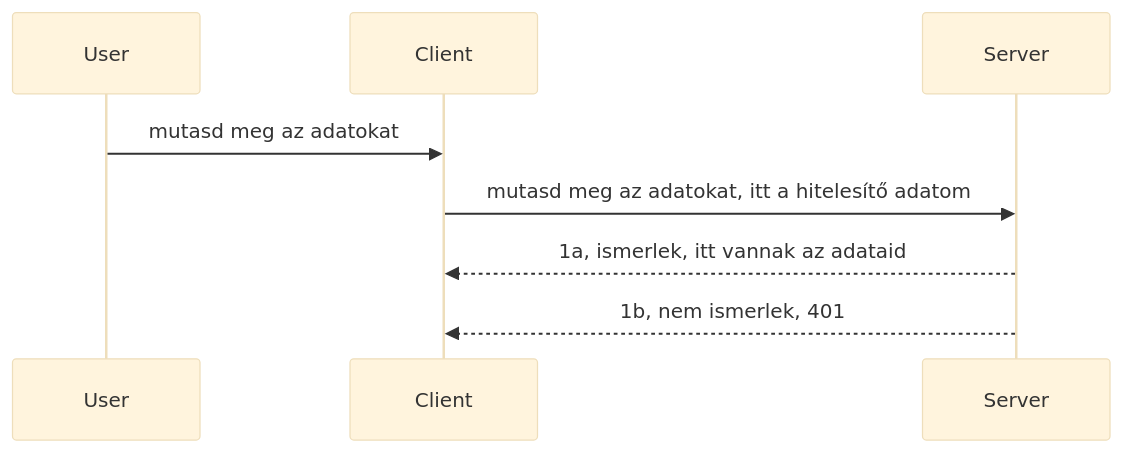
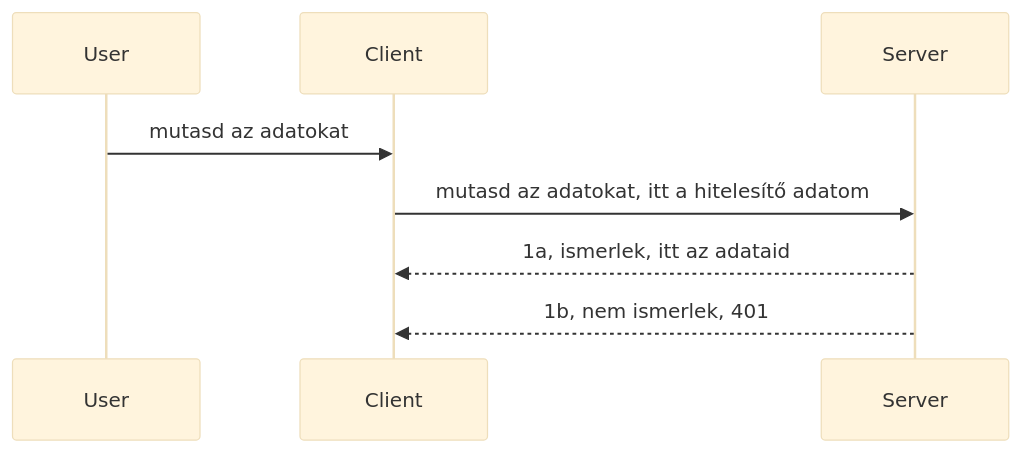
Before and after one commit to HIDORAKAI002/ai-workspace-archive: the diagram in mcp_ecosystem__model_context_protocol/mcp_learning_resources/mcp-for-beginners/translations/hu/03-GettingStarted/11-simple-auth/README.md, drawn with Mermaid (base theme). The commit also changed other lines of this file and 1160 other files, not shown here.

````diff
--- a/mcp_ecosystem__model_context_protocol/mcp_learning_resources/mcp-for-beginners/translations/hu/03-GettingStarted/11-simple-auth/README.md
+++ b/mcp_ecosystem__model_context_protocol/mcp_learning_resources/mcp-for-beginners/translations/hu/03-GettingStarted/11-simple-auth/README.md
@@ -24,11 +24,11 @@
 ```mermaid
 sequenceDiagram
    participant User
    participant Client
    participant Server
 
-   User->>Client: mutasd meg az adatokat
-   Client->>Server: mutasd meg az adatokat, itt a hitelesítő adatom
-   Server-->>Client: 1a, ismerlek, itt vannak az adataid
+   User->>Client: mutasd az adatokat
+   Client->>Server: mutasd az adatokat, itt a hitelesítő adatom
+   Server-->>Client: 1a, ismerlek, itt az adataid
    Server-->>Client: 1b, nem ismerlek, 401 
 ```
````
